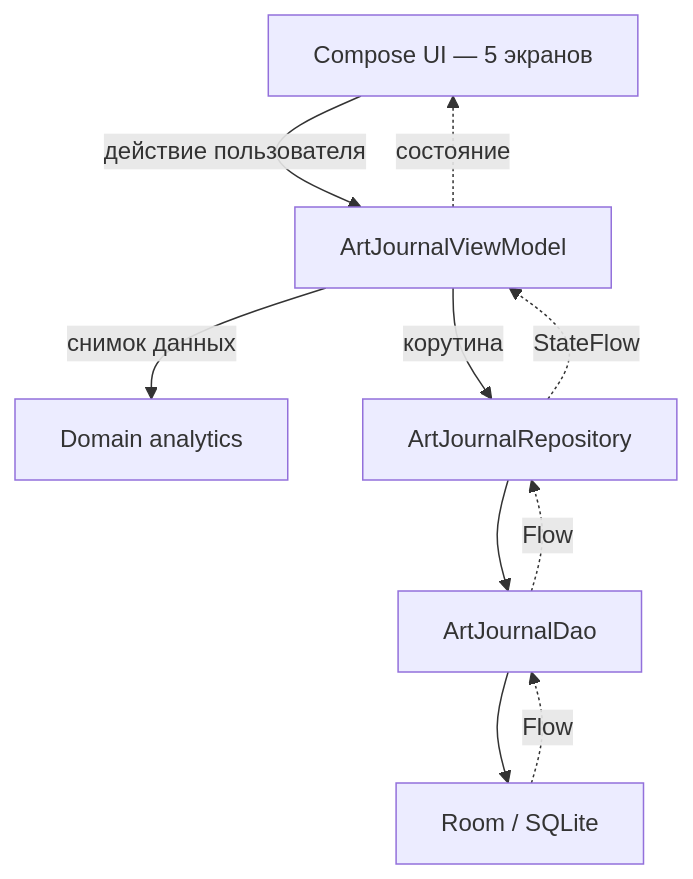
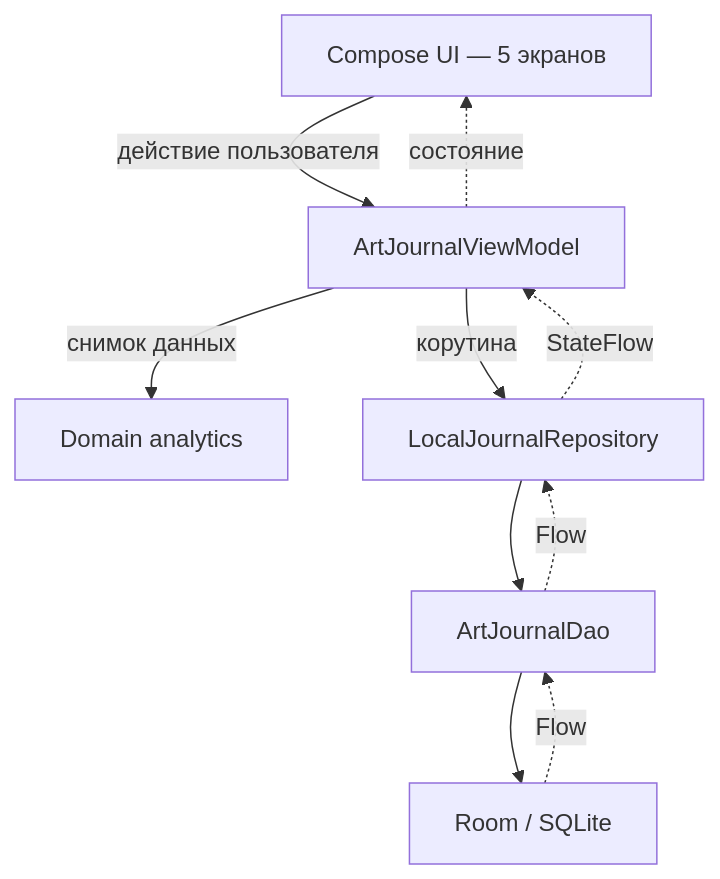
The diagram in README.md (ajuia-m/artjournal), drawn with Mermaid before and after one commit. The commit also changed other lines of this file and 14 other files, not shown here.

````diff
--- a/README.md
+++ b/README.md
@@ -50,12 +50,12 @@
 ```mermaid
 flowchart TD
     UI["Compose UI — 5 экранов"] -->|действие пользователя| VM["ArtJournalViewModel"]
     VM -->|снимок данных| Analytics["Domain analytics"]
-    VM -->|корутина| Repository["ArtJournalRepository"]
+    VM -->|корутина| Repository["LocalJournalRepository"]
     Repository --> DAO["ArtJournalDao"]
     DAO --> DB["Room / SQLite"]
     DB -. Flow .-> DAO
     DAO -. Flow .-> Repository
     Repository -. StateFlow .-> VM
     VM -. состояние .-> UI
 ```
````
